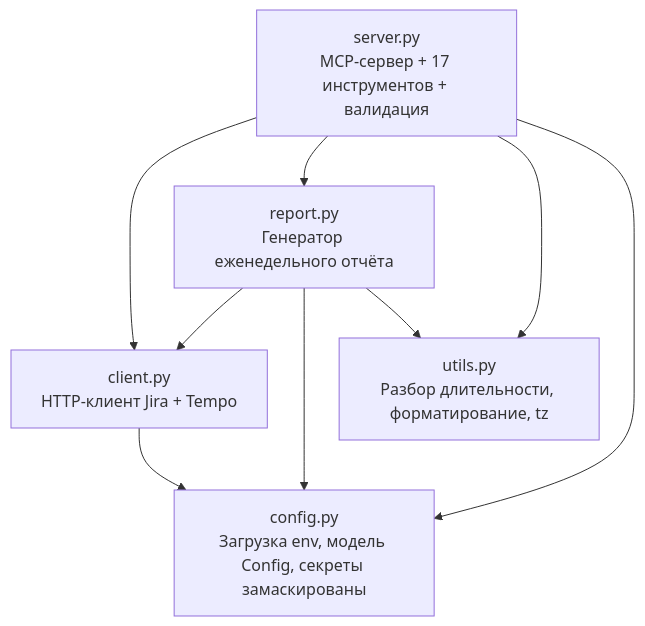
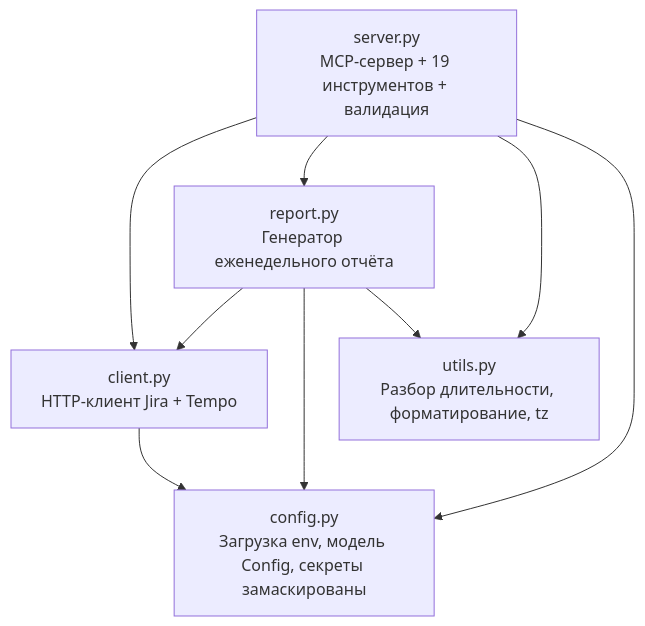
One commit to Arafel187/jira-tempo-mcp changed the first of 2 diagrams in docs/architecture.ru.md. Above: the diagram before and after it, drawn with Mermaid. The commit also changed 8 other files, not shown here.

````diff
--- a/docs/architecture.ru.md
+++ b/docs/architecture.ru.md
@@ -10,11 +10,11 @@
 ```mermaid
 flowchart TD
-    S[server.py<br/>MCP-сервер + 17 инструментов + валидация] --> C[client.py<br/>HTTP-клиент Jira + Tempo]
+    S[server.py<br/>MCP-сервер + 19 инструментов + валидация] --> C[client.py<br/>HTTP-клиент Jira + Tempo]
     S --> R[report.py<br/>Генератор еженедельного отчёта]
     S --> U[utils.py<br/>Разбор длительности, форматирование, tz]
     S --> CFG[config.py<br/>Загрузка env, модель Config, секреты замаскированы]
     C --> CFG
     R --> C
     R --> CFG
     R --> U
 ```
````
